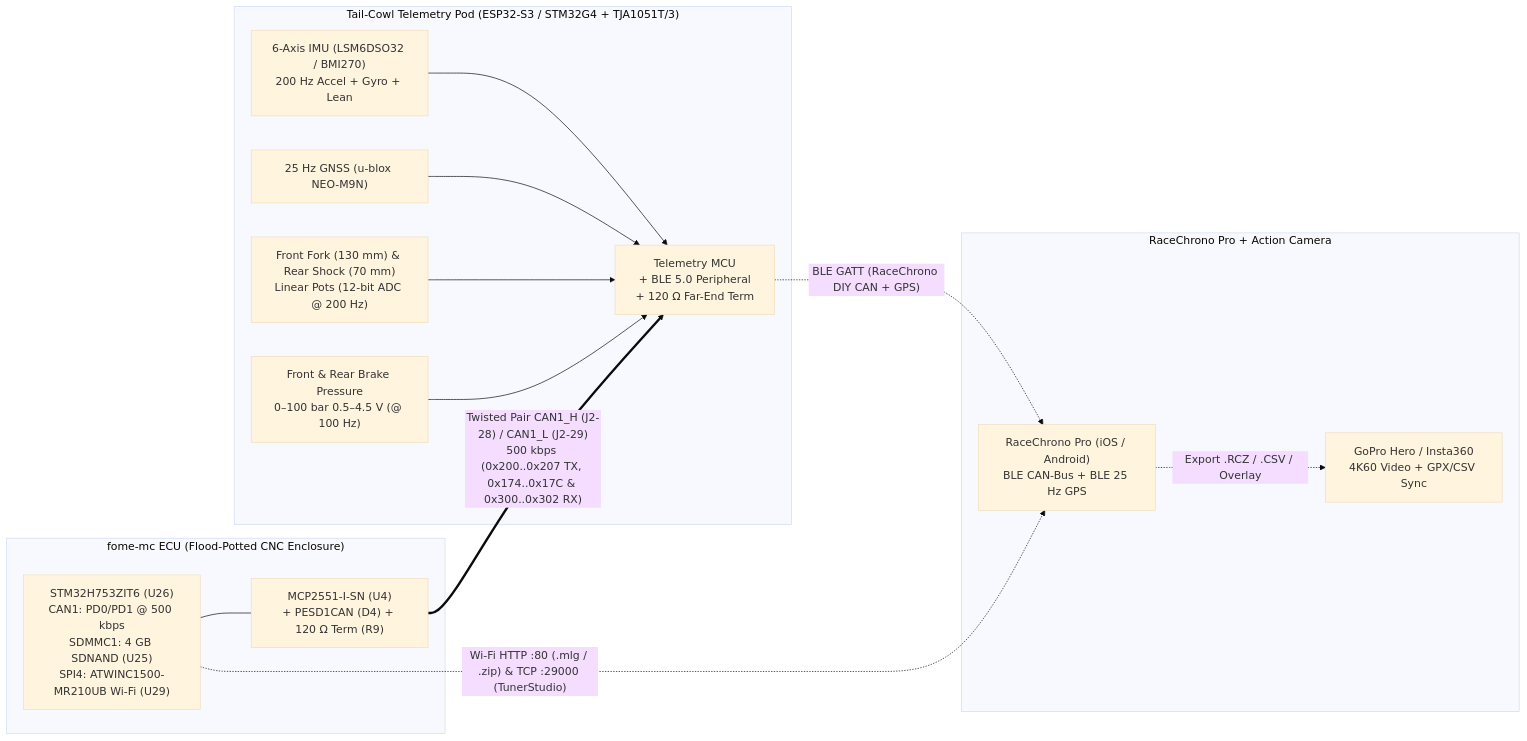
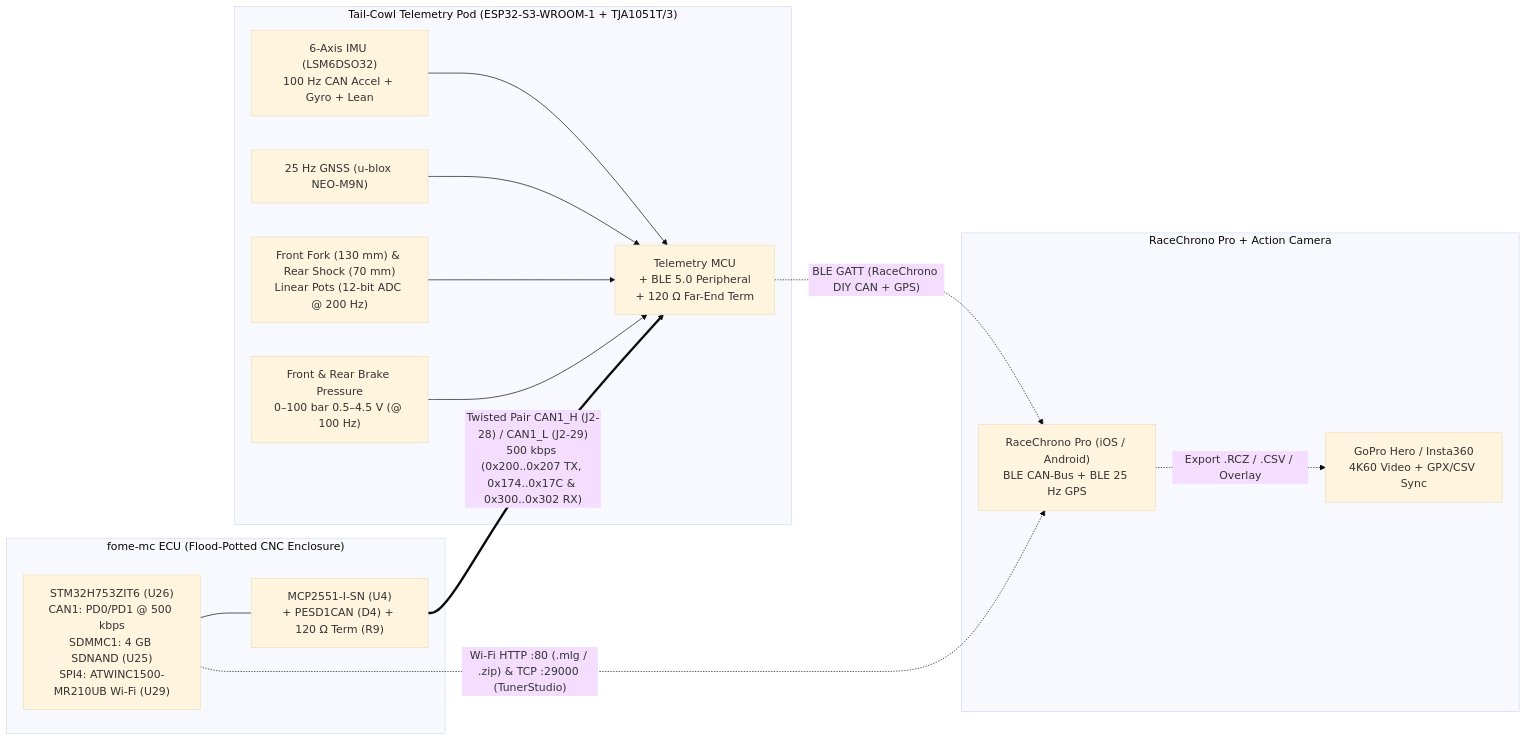
One commit to halbritt/fome-mc changed the diagram in docs/TELEMETRY_AND_RACECHRONO.md. Above: the diagram before and after it, drawn with Mermaid (base theme). The commit also changed other lines of this file and 2 other files, not shown here.

Commit message:
FOMEMC-31: reconcile telemetry docs with revision 2 and re-pin identities

````diff
--- a/docs/TELEMETRY_AND_RACECHRONO.md
+++ b/docs/TELEMETRY_AND_RACECHRONO.md
@@ -18,30 +20,30 @@
 ```mermaid
 flowchart LR
   subgraph ECU["fome-mc ECU (Flood-Potted CNC Enclosure)"]
     H7["STM32H753ZIT6 (U26)<br/>CAN1: PD0/PD1 @ 500 kbps<br/>SDMMC1: 4 GB SDNAND (U25)<br/>SPI4: ATWINC1500-MR210UB Wi-Fi (U29)"]
     U4["MCP2551-I-SN (U4)<br/>+ PESD1CAN (D4) + 120 Ω Term (R9)"]
     H7 --- U4
   end
 
-  subgraph POD["Tail-Cowl Telemetry Pod (ESP32-S3 / STM32G4 + TJA1051T/3)"]
+  subgraph POD["Tail-Cowl Telemetry Pod (ESP32-S3-WROOM-1 + TJA1051T/3)"]
     MCU["Telemetry MCU<br/>+ BLE 5.0 Peripheral<br/>+ 120 Ω Far-End Term"]
-    IMU["6-Axis IMU (LSM6DSO32 / BMI270)<br/>200 Hz Accel + Gyro + Lean"]
+    IMU["6-Axis IMU (LSM6DSO32)<br/>100 Hz CAN Accel + Gyro + Lean"]
     GPS["25 Hz GNSS (u-blox NEO-M9N)"]
     SUSP["Front Fork (130 mm) & Rear Shock (70 mm)<br/>Linear Pots (12-bit ADC @ 200 Hz)"]
     BRK["Front & Rear Brake Pressure<br/>0–100 bar 0.5–4.5 V (@ 100 Hz)"]
     IMU --> MCU
     GPS --> MCU
     SUSP --> MCU
     BRK --> MCU
   end
 
   subgraph RC["RaceChrono Pro + Action Camera"]
     PHONE["RaceChrono Pro (iOS / Android)<br/>BLE CAN-Bus + BLE 25 Hz GPS"]
     CAM["GoPro Hero / Insta360<br/>4K60 Video + GPX/CSV Sync"]
     PHONE -. "Export .RCZ / .CSV / Overlay" .-> CAM
   end
 
   U4 == "Twisted Pair CAN1_H (J2-28) / CAN1_L (J2-29)<br/>500 kbps (0x200..0x207 TX, 0x174..0x17C & 0x300..0x302 RX)" ==> MCU
   MCU -. "BLE GATT (RaceChrono DIY CAN + GPS)" .-> PHONE
   H7 -. "Wi-Fi HTTP :80 (.mlg / .zip) & TCP :29000 (TunerStudio)" .-> PHONE
 ```
````
